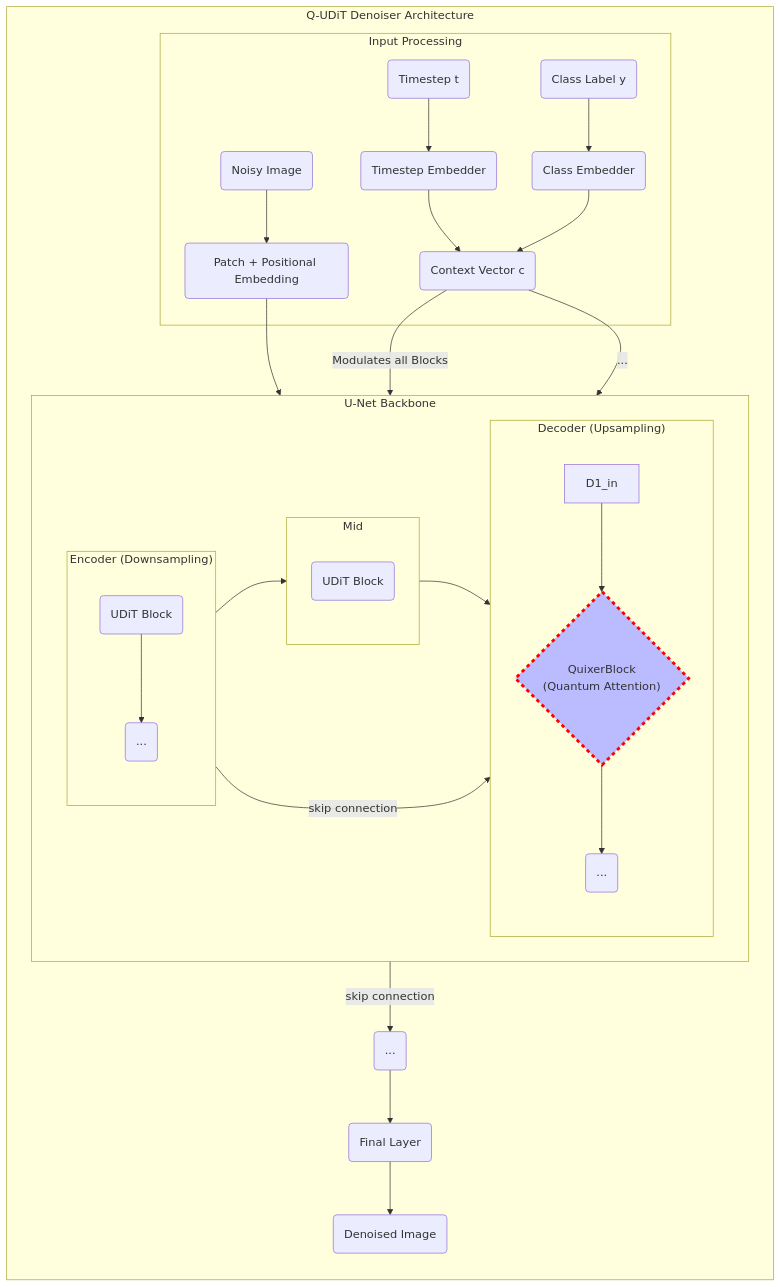
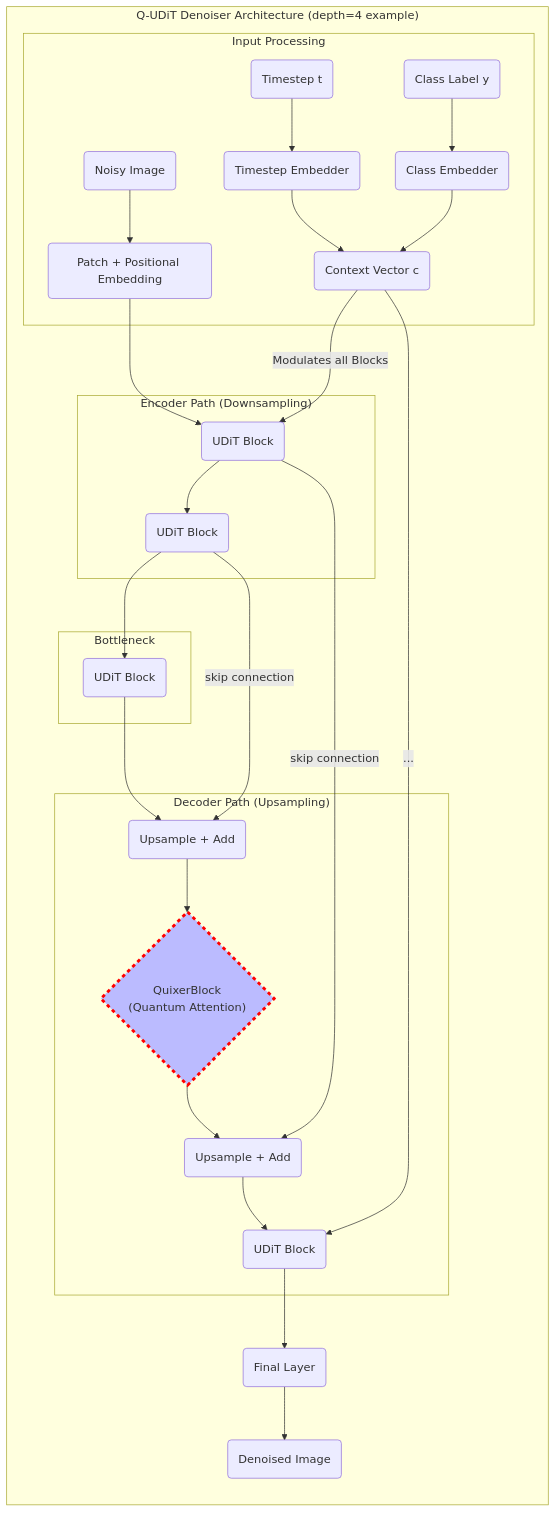
One commit to Quantum-Buddies/Quasar-QUantum-Attention-for-Scientific-ARt changed the diagram in README.md. Above: the diagram before and after it, drawn with Mermaid.

Commit message:
docs: Update and complete architecture diagram in README

````diff
--- a/README.md
+++ b/README.md
@@ -11,42 +11,41 @@
 ```mermaid
 graph TD
-    subgraph "Q-UDiT Denoiser Architecture"
+    subgraph "Q-UDiT Denoiser Architecture (depth=4 example)"
         direction TB
 
         subgraph "Input Processing"
-            InputImg(Noisy Image) --> PatchEmbed(Patch + Positional Embedding)
-            Timestep(Timestep t) --> TEmbed(Timestep Embedder)
-            Condition(Class Label y) --> CEmbed(Class Embedder)
-            TEmbed --> Ctx(Context Vector c)
-            CEmbed --> Ctx
+            InputImg(Noisy Image) --> PatchEmbed(Patch + Positional Embedding);
+            Timestep(Timestep t) --> TEmbed(Timestep Embedder);
+            Condition(Class Label y) --> CEmbed(Class Embedder);
+            TEmbed --> Ctx(Context Vector c);
+            CEmbed --> Ctx;
         end
 
-        subgraph "U-Net Backbone"
-            direction LR
-            subgraph "Encoder (Downsampling)"
-                direction TB
-                PatchEmbed --> E1(UDiT Block) --> E2(...)
-            end
-            subgraph "Mid"
-                direction TB
-                E2 --> MidBlock(UDiT Block)
-            end
-            subgraph "Decoder (Upsampling)"
-                direction TB
-                D1_in --> D1{"QuixerBlock<br/>(Quantum Attention)"}
-                D1 --> D2(...)
-            end
+        subgraph "Encoder Path (Downsampling)"
+            PatchEmbed --> E1(UDiT Block);
+            E1 --> E2(UDiT Block);
+        end
+
+        subgraph "Bottleneck"
+            E2 --> MidBlock(UDiT Block);
         end
         
-        MidBlock --> D1_in
-        E2 -- skip connection --> D2
-        E1 -- skip connection --> D_Out(...)
-
-        Ctx -- "Modulates all Blocks" --> E1
-        Ctx -- "..." --> D1
-
-        D_Out --> Final(Final Layer) --> DenoisedImg(Denoised Image)
+        subgraph "Decoder Path (Upsampling)"
+            MidBlock --> D1_in(Upsample + Add);
+            E2 -- skip connection --> D1_in;
+            D1_in --> D1{"QuixerBlock<br/>(Quantum Attention)"};
+            
+            D1 --> D2_in(Upsample + Add);
+            E1 -- skip connection --> D2_in;
+            D2_in --> D2(UDiT Block);
+        end
+        
+        D2 --> Final(Final Layer);
+        Final --> DenoisedImg(Denoised Image);
+        
+        Ctx -- "Modulates all Blocks" --> E1;
+        Ctx -- "..." --> D2;
     end
-
-    style D1 fill:#bbf,stroke:#f00,stroke-width:4px,stroke-dasharray: 5 5
+    
+    style D1 fill:#bbf,stroke:#f00,stroke-width:4px,stroke-dasharray: 5 5;
 ```
````
